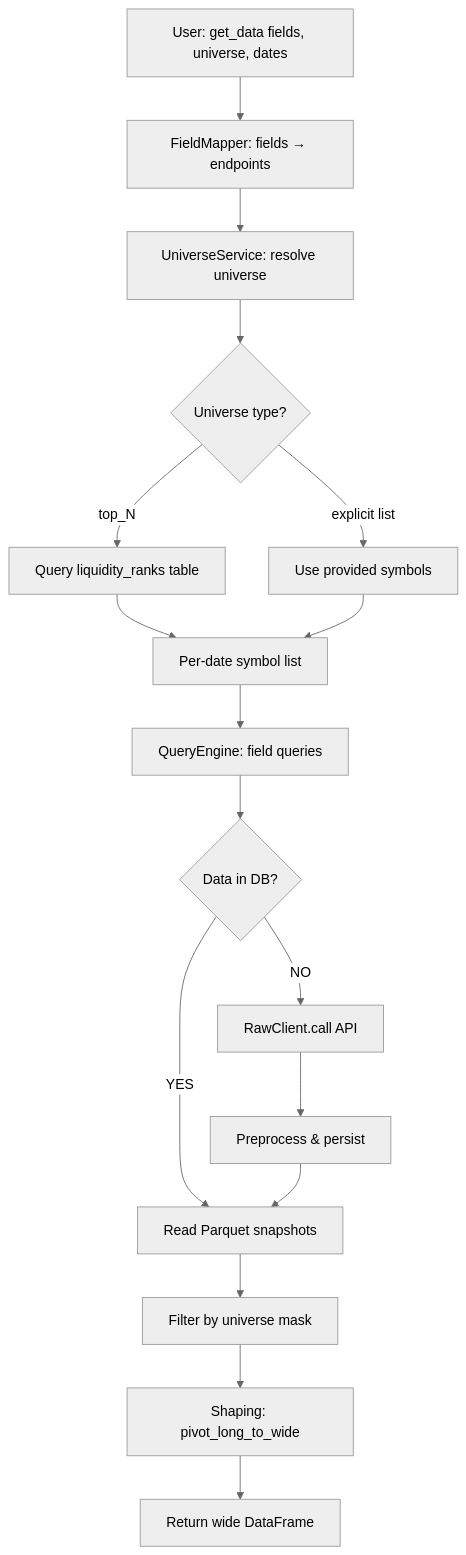
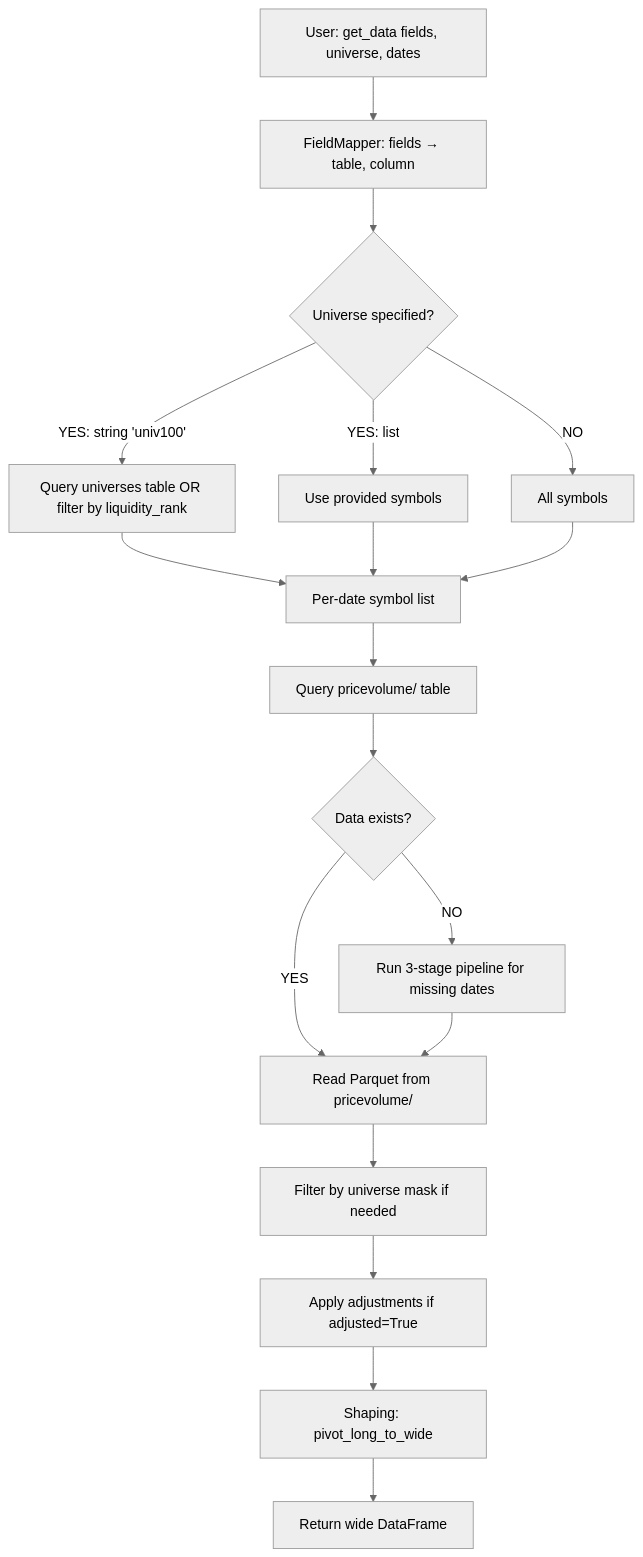
Before and after one commit to jaepil-choi/krx-quant-dataloader: diagram 11 of 11 in docs/vibe_coding/architecture.md, drawn with Mermaid (neutral theme). The commit also changed other lines of this file and 14 other files, not shown here.

````diff
--- a/docs/vibe_coding/architecture.md
+++ b/docs/vibe_coding/architecture.md
@@ -753,19 +864,20 @@
 ```mermaid
 flowchart TD
-    A[User: get_data fields, universe, dates] --> B[FieldMapper: fields → endpoints]
-    B --> C[UniverseService: resolve universe]
-    C --> D{Universe type?}
-    D -->|top_N| E[Query liquidity_ranks table]
-    D -->|explicit list| F[Use provided symbols]
-    E --> G[Per-date symbol list]
+    A[User: get_data fields, universe, dates] --> B[FieldMapper: fields → table, column]
+    B --> C{Universe specified?}
+    C -->|YES: string 'univ100'| D[Query universes table OR filter by liquidity_rank]
+    C -->|YES: list| E[Use provided symbols]
+    C -->|NO| F[All symbols]
+    D --> G[Per-date symbol list]
+    E --> G
     F --> G
-    G --> H[QueryEngine: field queries]
-    H --> I{Data in DB?}
-    I -->|YES| J[Read Parquet snapshots]
-    I -->|NO| K[RawClient.call API]
-    K --> L[Preprocess & persist]
-    L --> J
-    J --> M[Filter by universe mask]
+    G --> H[Query pricevolume/ table]
+    H --> I{Data exists?}
+    I -->|YES| J[Read Parquet from pricevolume/]
+    I -->|NO| K[Run 3-stage pipeline for missing dates]
+    K --> J
+    J --> L[Filter by universe mask if needed]
+    L --> M[Apply adjustments if adjusted=True]
     M --> N[Shaping: pivot_long_to_wide]
     N --> O[Return wide DataFrame]
 ```
````
